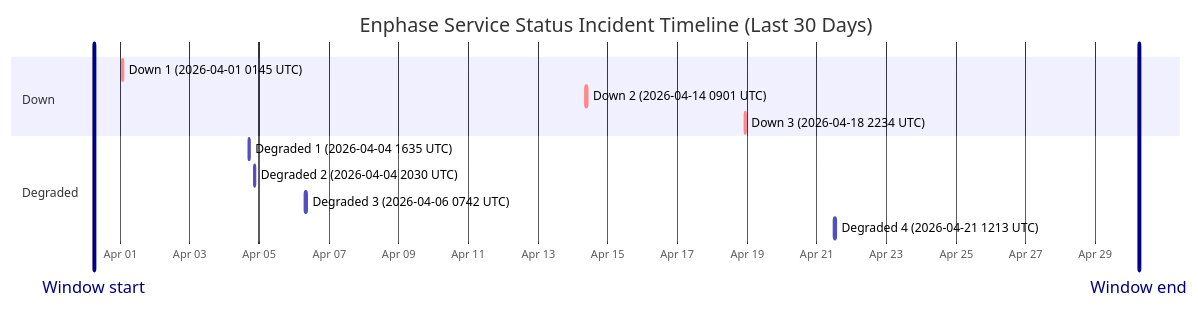
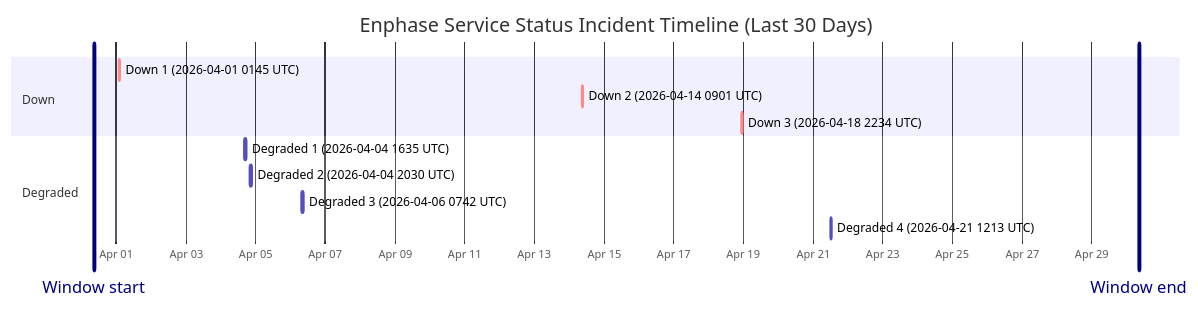
One commit to barneyonline/ha-enphase-ev-charger changed the diagram in wiki/Service-Status-History.md. Above: the diagram before and after it, drawn with Mermaid. The commit also changed other lines of this file and 3 other files, not shown here.

````diff
--- a/wiki/Service-Status-History.md
+++ b/wiki/Service-Status-History.md
@@ -14,17 +14,17 @@
 ```mermaid
 gantt
     title Enphase Service Status Incident Timeline (Last 30 Days)
     dateFormat  YYYY-MM-DDTHH:mm:ss
     axisFormat  %b %d
-    Window start :vert, window-start, 2026-03-31T05:58:08, 0ms
-    Window end :vert, window-end, 2026-04-30T05:58:08, 0ms
+    Window start :vert, window-start, 2026-03-31T08:31:35, 0ms
+    Window end :vert, window-end, 2026-04-30T08:31:35, 0ms
     section Down
     Down 1 (2026-04-01 0145 UTC) :crit, down-1, 2026-04-01T01:45:09, 60m
     Down 2 (2026-04-14 0901 UTC) :crit, down-2, 2026-04-14T09:01:13, 60m
     Down 3 (2026-04-18 2234 UTC) :crit, down-3, 2026-04-18T22:34:13, 60m
     section Degraded
     Degraded 1 (2026-04-04 1635 UTC) :active, degraded-1, 2026-04-04T16:35:17, 60m
     Degraded 2 (2026-04-04 2030 UTC) :active, degraded-2, 2026-04-04T20:30:40, 60m
     Degraded 3 (2026-04-06 0742 UTC) :active, degraded-3, 2026-04-06T07:42:09, 85m
     Degraded 4 (2026-04-21 1213 UTC) :active, degraded-4, 2026-04-21T12:13:11, 60m
 ```
````
